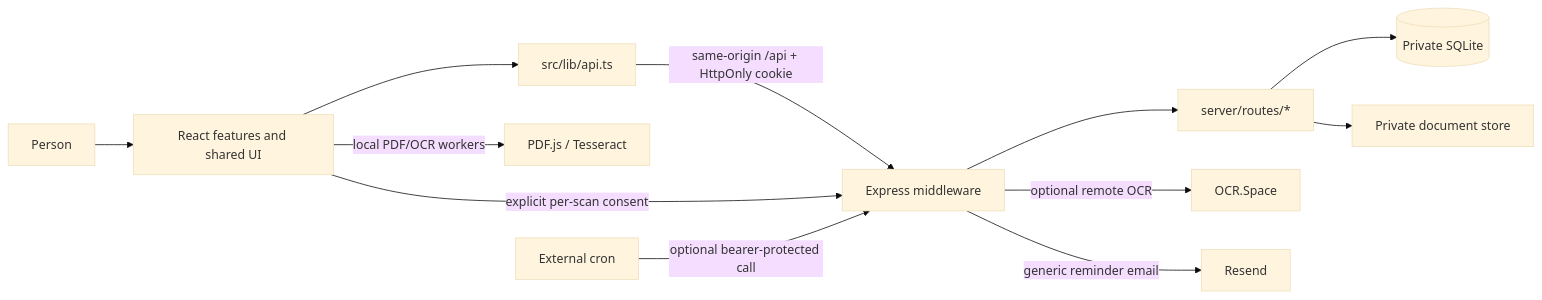
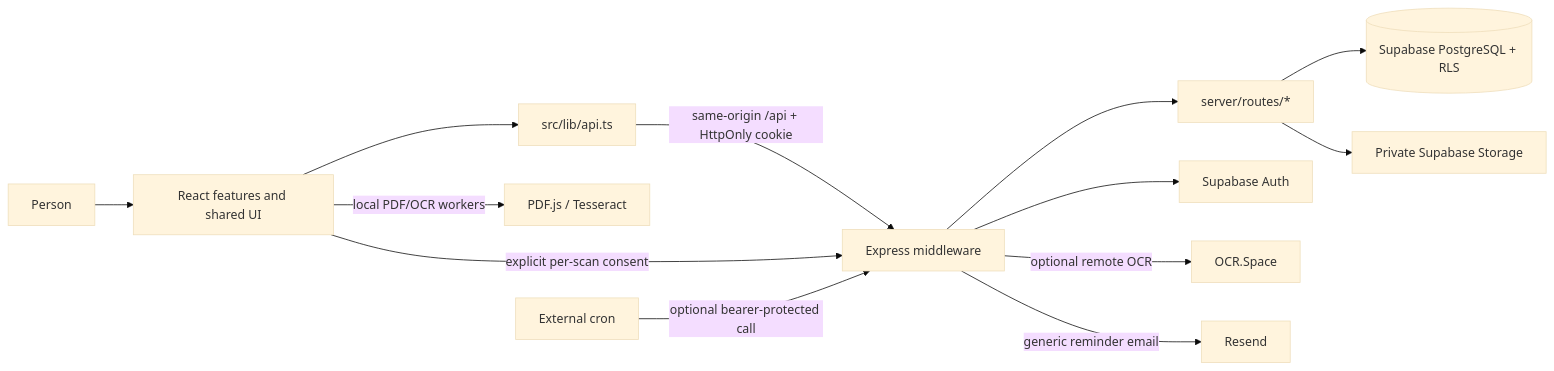
One commit to adrock18/medivault changed the diagram in README.md. Above: the diagram before and after it, drawn with Mermaid (base theme). The commit also changed other lines of this file and 86 other files, not shown here.

````diff
--- a/README.md
+++ b/README.md
@@ -70,14 +70,15 @@
 ```mermaid
 flowchart LR
   Person --> React["React features and shared UI"]
   React --> Client["src/lib/api.ts"]
   Client -->|"same-origin /api + HttpOnly cookie"| Express["Express middleware"]
   Express --> Routes["server/routes/*"]
-  Routes --> SQLite[("Private SQLite")]
-  Routes --> Files["Private document store"]
+  Express --> Auth["Supabase Auth"]
+  Routes --> DB[("Supabase PostgreSQL + RLS")]
+  Routes --> Files["Private Supabase Storage"]
   React -->|"local PDF/OCR workers"| OCR["PDF.js / Tesseract"]
   React -->|"explicit per-scan consent"| Express
   Express -->|"optional remote OCR"| OCRSpace["OCR.Space"]
   Scheduler["External cron"] -->|"optional bearer-protected call"| Express
   Express -->|"generic reminder email"| Resend["Resend"]
 ```
````
